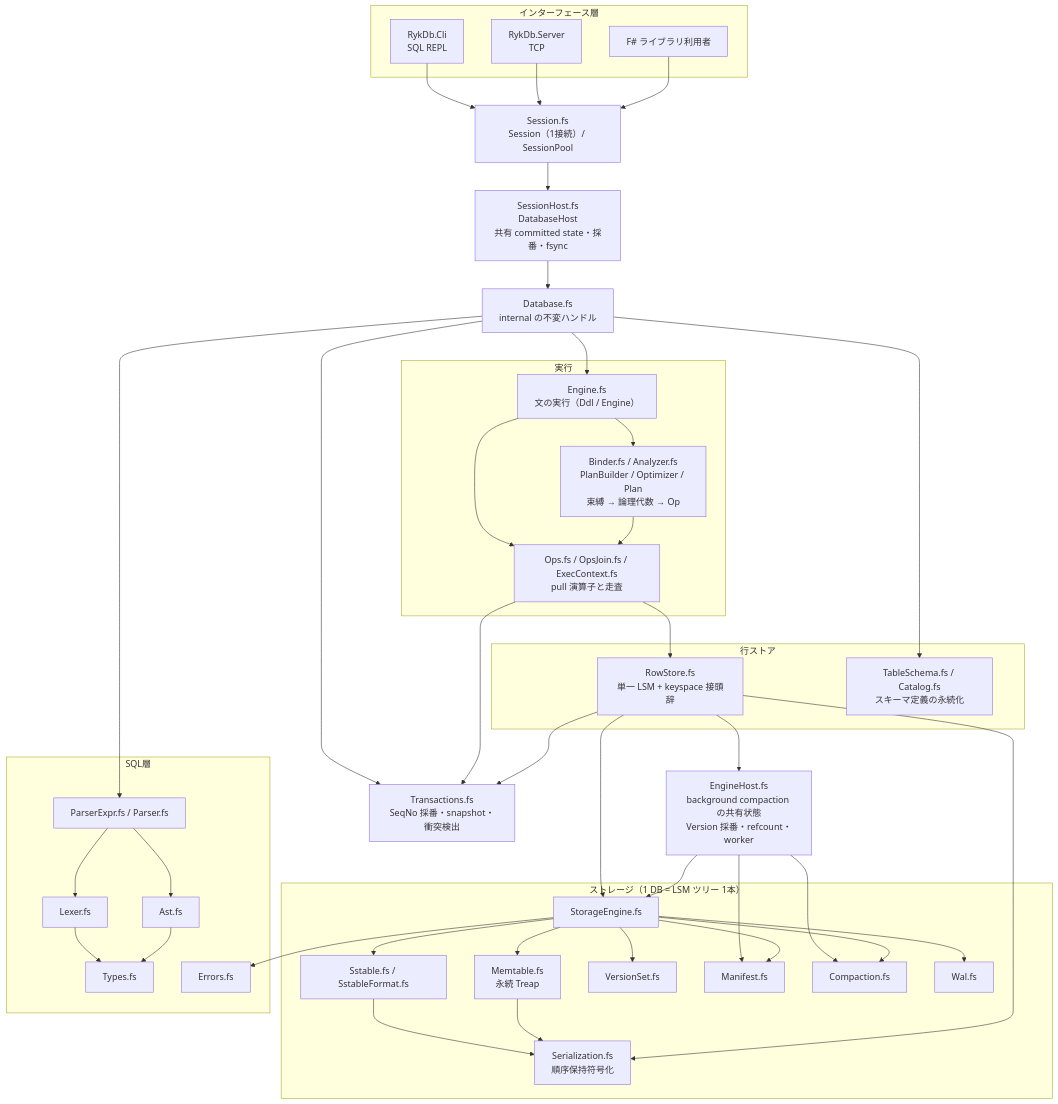
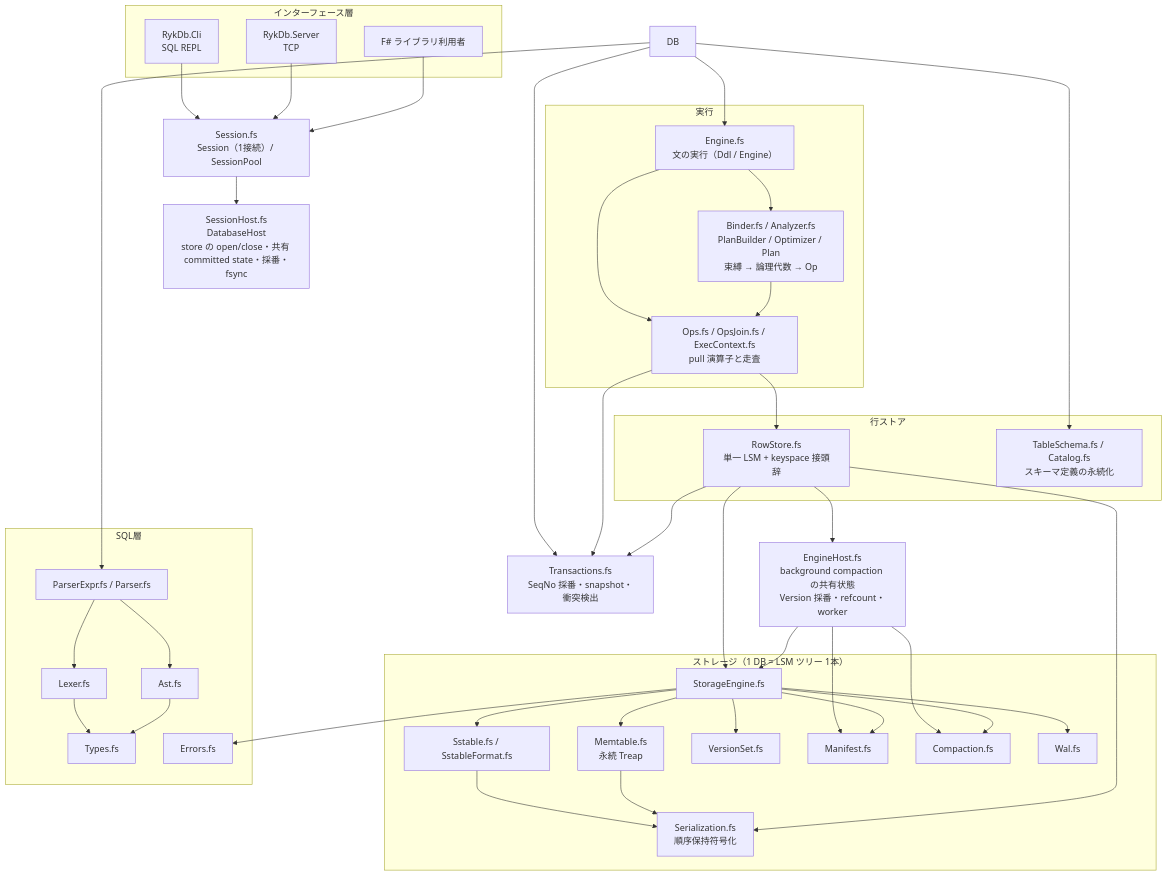
The first of 2 diagrams in docs/architecture.md (nwtks/rykdb), drawn with Mermaid before and after one commit. The commit also changed other lines of this file and 20 other files, not shown here.

Commit message:
Refactor Database handle into DatabaseHost; eliminate immutable handle indirection, move store open/close and lifecycle to host, replace ProcessLock ownership tokens with single-owner model, update docs/tests accordingly.

````diff
--- a/docs/architecture.md
+++ b/docs/architecture.md
@@ -30,81 +30,79 @@
 ```mermaid
 flowchart TB
     subgraph IF["インターフェース層"]
         CLI["RykDb.Cli<br/>SQL REPL"]
         SRV["RykDb.Server<br/>TCP"]
         LIB["F# ライブラリ利用者"]
     end
 
     SESS["Session.fs<br/>Session（1接続）/ SessionPool"]
-    HOST["SessionHost.fs<br/>DatabaseHost<br/>共有 committed state・採番・fsync"]
-    DB["Database.fs<br/>internal の不変ハンドル"]
+    HOST["SessionHost.fs<br/>DatabaseHost<br/>store の open/close・共有 committed state・採番・fsync"]
     SESS --> HOST
-    HOST --> DB
 
     subgraph EX["実行"]
         EN["Engine.fs<br/>文の実行（Ddl / Engine）"]
         PL["Binder.fs / Analyzer.fs<br/>PlanBuilder / Optimizer / Plan<br/>束縛 → 論理代数 → Op"]
         OPS["Ops.fs / OpsJoin.fs / ExecContext.fs<br/>pull 演算子と走査"]
     end
 
     subgraph ROW["行ストア"]
         RS["RowStore.fs<br/>単一 LSM + keyspace 接頭辞"]
         CAT["TableSchema.fs / Catalog.fs<br/>スキーマ定義の永続化"]
     end
 
     EHOST["EngineHost.fs<br/>background compaction の共有状態<br/>Version 採番・refcount・worker"]
 
     MVCC["Transactions.fs<br/>SeqNo 採番・snapshot・衝突検出"]
 
     subgraph ST["ストレージ（1 DB = LSM ツリー 1本）"]
         SE["StorageEngine.fs"]
         MEM["Memtable.fs<br/>永続 Treap"]
         SST["Sstable.fs / SstableFormat.fs"]
         VS["VersionSet.fs"]
         MF["Manifest.fs"]
         CO["Compaction.fs"]
         WAL["Wal.fs"]
         SER["Serialization.fs<br/>順序保持符号化"]
     end
 
     subgraph FE["SQL層"]
         P["ParserExpr.fs / Parser.fs"]
         L["Lexer.fs"]
         A["Ast.fs"]
         T["Types.fs"]
         E["Errors.fs"]
     end
 
     CLI --> SESS
     SRV --> SESS
     LIB --> SESS
     DB --> EN
     DB --> CAT
     DB --> MVCC
     EN --> PL
     EN --> OPS
     PL --> OPS
     OPS --> RS
     OPS --> MVCC
     RS --> SE
     RS --> MVCC
     RS --> EHOST
     EHOST --> SE
     EHOST --> CO
     EHOST --> MF
     SE --> MEM
     SE --> SST
     SE --> VS
     SE --> MF
     SE --> CO
     SE --> WAL
     SST --> SER
     MEM --> SER
     RS --> SER
     DB --> P
     P --> L
     P --> A
     L --> T
     A --> T
     SE --> E
 ```
````
